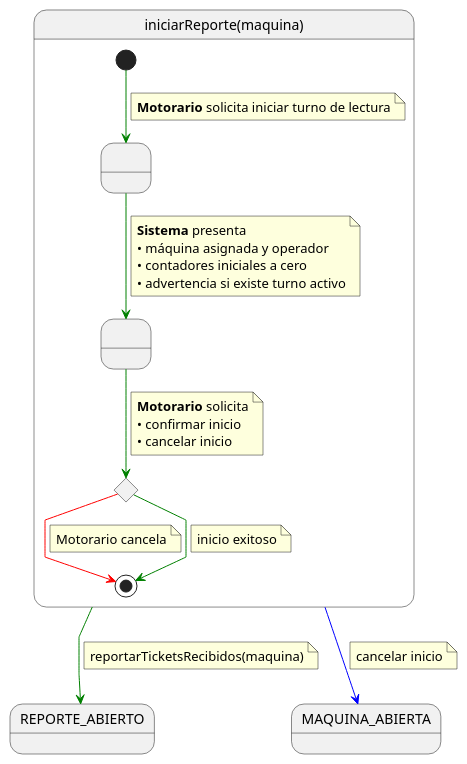
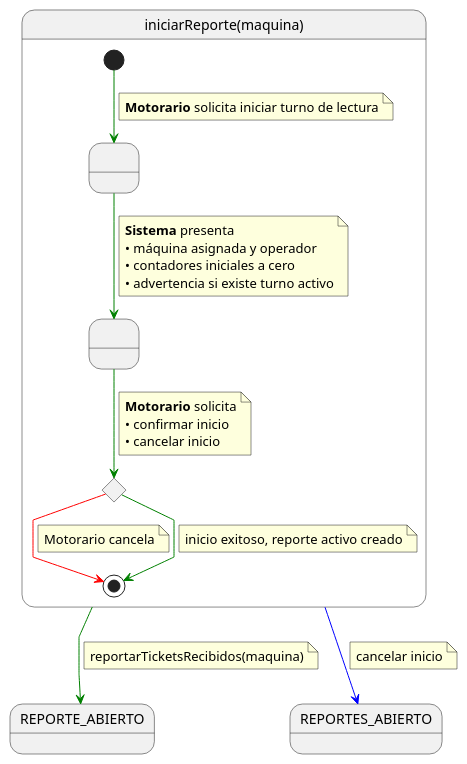
Before and after one commit to aeRomeroz/pyTicketing: the diagram in UML/00-requisitos/01-actores-casosDeUso/01-casosDeUso/Motorario/iniciarReporte.puml, drawn with PlantUML. The commit also changed 9 other files, not shown here.

Commit message:
refactor(diagramas): estandarizar casos de uso de Motorario y flujo de reportes

```diff
--- a/UML/00-requisitos/01-actores-casosDeUso/01-casosDeUso/Motorario/iniciarReporte.puml
+++ b/UML/00-requisitos/01-actores-casosDeUso/01-casosDeUso/Motorario/iniciarReporte.puml
@@ -1,52 +1,52 @@
 @startuml CU30_IniciarReporte
 
 skinparam linetype polyline
 
 state iniciarReporte as "iniciarReporte(maquina)" {
 
     state " " as RequiringInitiation
     state " " as ProvidingConfirmation
     state c <<choice>>
 
     [*] -[#green]-> RequiringInitiation
     note on link
     <b>Motorario</b> solicita iniciar turno de lectura
     end note
 
     RequiringInitiation -[#green]-> ProvidingConfirmation
     note on link
     <b>Sistema</b> presenta
     • máquina asignada y operador
     • contadores iniciales a cero
     • advertencia si existe turno activo
     end note
 
     ProvidingConfirmation -[#green]-> c
     note on link
     <b>Motorario</b> solicita
     • confirmar inicio
     • cancelar inicio
     end note
 
     c -[#red]-> [*]
     note on link
     Motorario cancela
     end note
 
     c -[#green]-> [*]
     note on link
-    inicio exitoso
+    inicio exitoso, reporte activo creado
     end note
 }
 
 iniciarReporte -[#green]-> REPORTE_ABIERTO
 note on link
 reportarTicketsRecibidos(maquina)
 end note
 
-iniciarReporte -[#blue]-> MAQUINA_ABIERTA
+iniciarReporte -[#blue]-> REPORTES_ABIERTO
 note on link
 cancelar inicio
 end note
 
 @enduml
```
